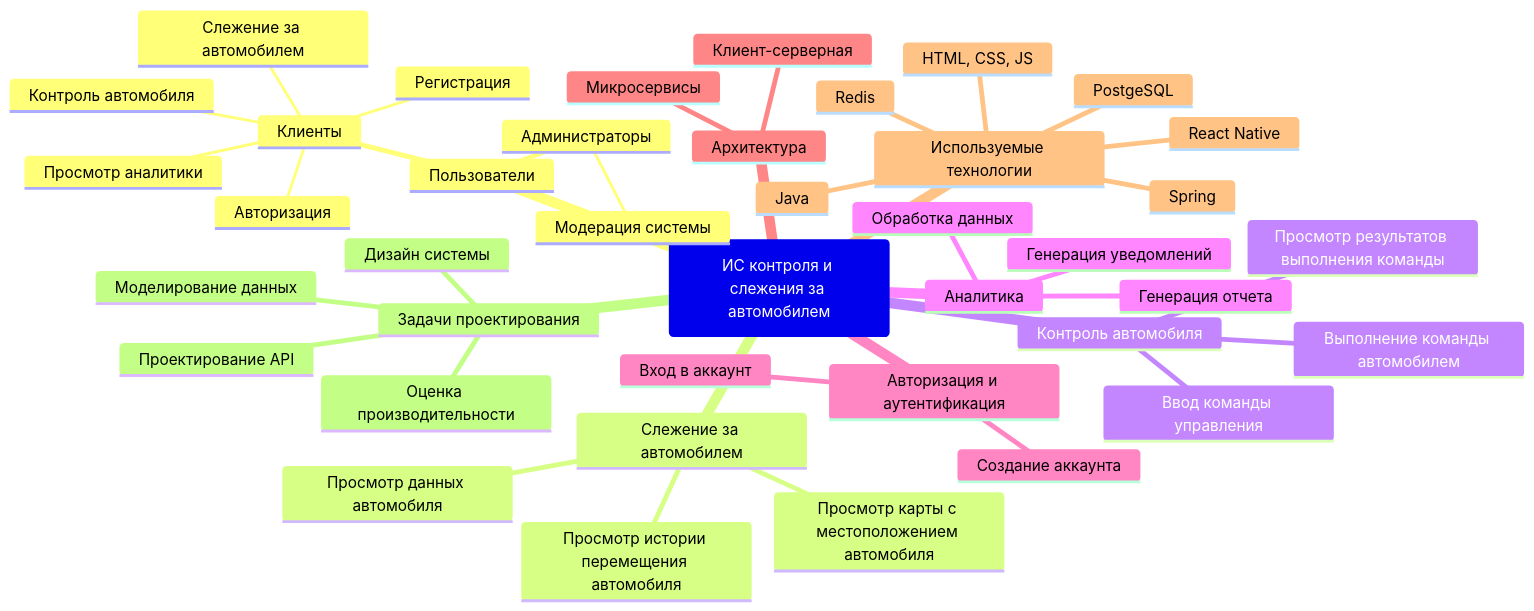
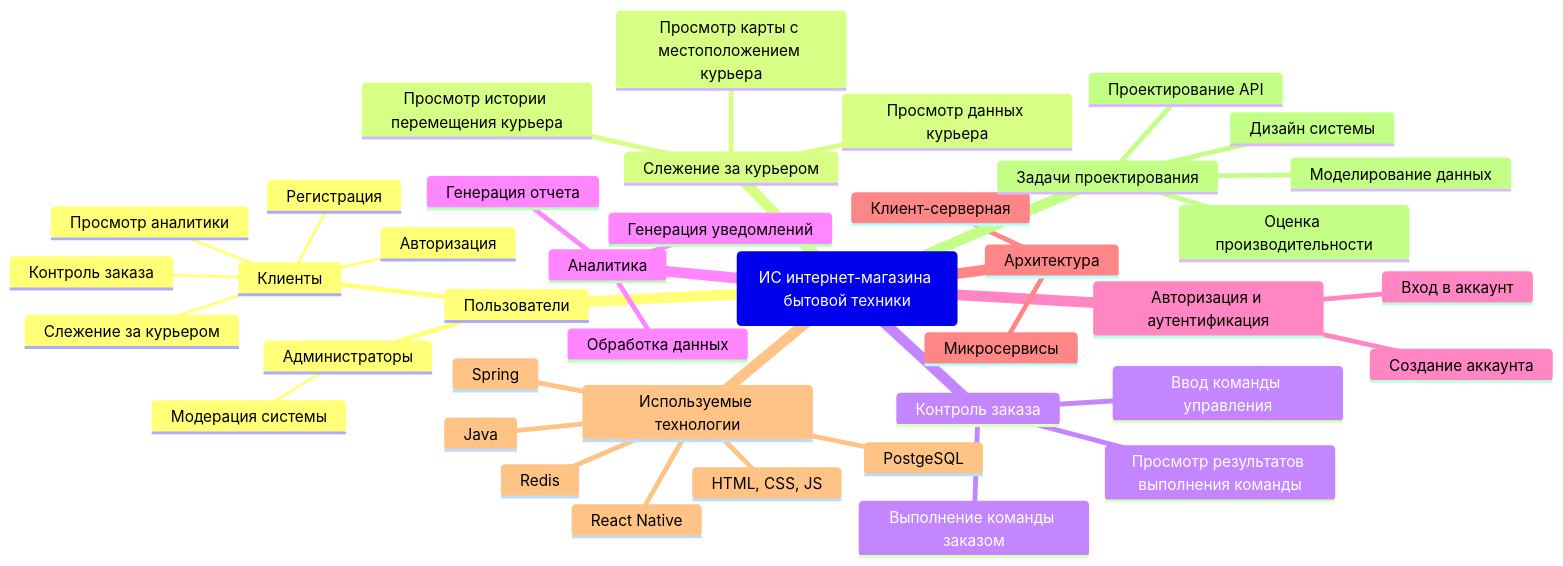
Before and after one commit to nulfild/PCSS: the first of 4 diagrams in README.md, drawn with Mermaid. The commit also changed other lines of this file, not shown here.

````diff
--- a/README.md
+++ b/README.md
@@ -7,43 +7,43 @@
 ```mermaid
 mindmap
-  root(ИC контроля и слежения за автомобилем)
+  root(ИC интернет-магазина бытовой техники)
     Пользователи
       Клиенты
         Регистрация
         Авторизация
-        Слежение за автомобилем
-        Контроль автомобиля
+        Слежение за курьером
+        Контроль заказа
         Просмотр аналитики
       Администраторы
         Модерация системы
-    Слежение за автомобилем
-      Просмотр данных автомобиля
-      Просмотр карты с местоположением автомобиля
-      Просмотр истории перемещения автомобиля
-    Контроль автомобиля
+    Слежение за курьером
+      Просмотр данных курьера
+      Просмотр карты с местоположением курьера
+      Просмотр истории перемещения курьера
+    Контроль заказа
       Ввод команды управления
-      Выполнение команды автомобилем
+      Выполнение команды заказом
       Просмотр результатов выполнения команды
     Аналитика
       Обработка данных
       Генерация отчета
       Генерация уведомлений
     Авторизация и аутентификация
       Создание аккаунта
       Вход в аккаунт
     Архитектура
       Клиент-серверная
       Микросервисы
     Используемые технологии
       Spring
       Java
       React Native
       HTML, CSS, JS
       PostgeSQL
       Redis
     Задачи проектирования
       Дизайн системы
       Моделирование данных
       Проектирование API
       Оценка производительности
 ```
````
